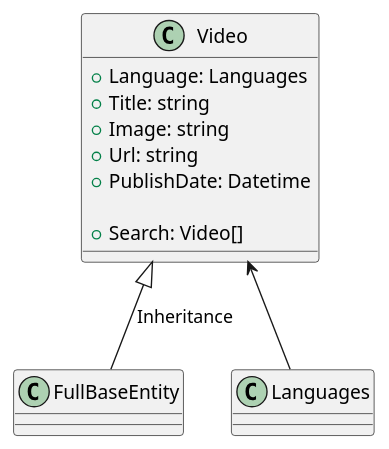
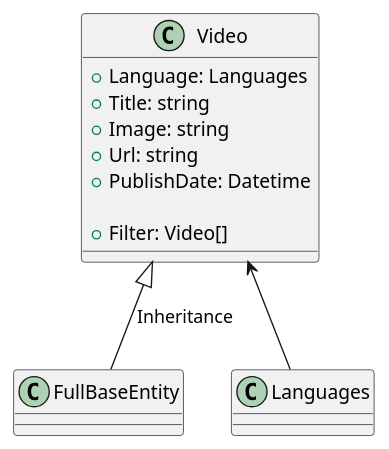
The diagram in uml/Video/Video.puml (evrendev/sport-club), drawn with PlantUML before and after one commit. The commit also changed 40 other files, not shown here.

```diff
--- a/uml/Video/Video.puml
+++ b/uml/Video/Video.puml
@@ -1,16 +1,16 @@
 @startuml Class Diagram
 
 class Video  {
     + Language: Languages
     + Title: string
     + Image: string
     + Url: string
     + PublishDate: Datetime
 
-    + Search: Video[]
+    + Filter: Video[]
 }
 
 Video <|-- FullBaseEntity: Inheritance
 Video <-- Languages 
  
 @enduml
```
